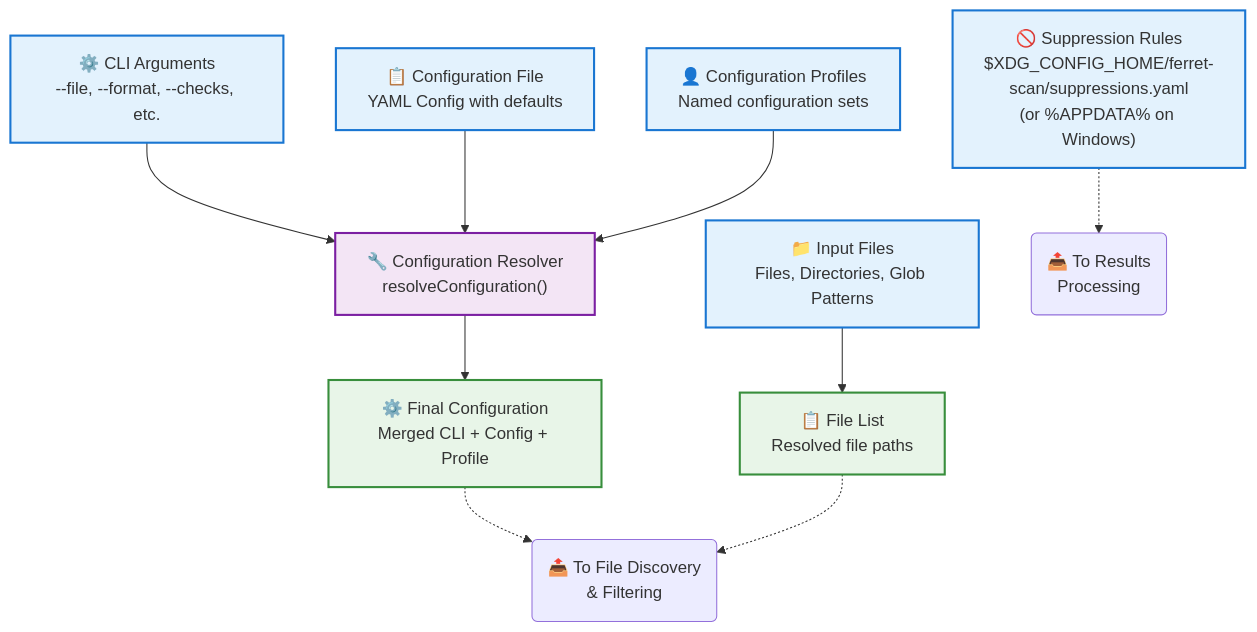
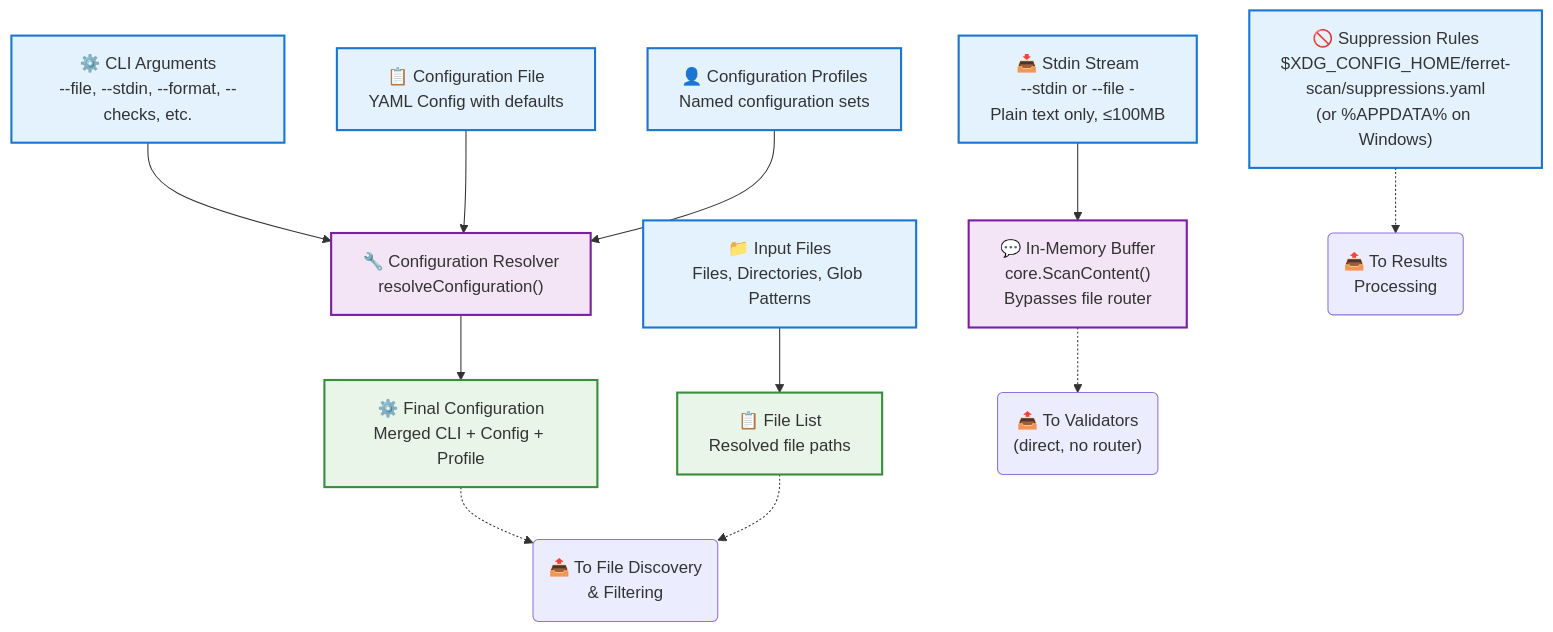
Before and after one commit to awslabs/ferret-scan: the first of 8 diagrams in docs/architecture-diagram.md, drawn with Mermaid. The commit also changed other lines of this file and 36 other files, not shown here.

````diff
--- a/docs/architecture-diagram.md
+++ b/docs/architecture-diagram.md
@@ -27,38 +33,41 @@
 ```mermaid
 flowchart TD
     %% Inputs
     InputFiles["📁 Input Files<br/>Files, Directories, Glob Patterns"]
-    CLIArgs["⚙️ CLI Arguments<br/>--file, --format, --checks, etc."]
+    StdinStream["📥 Stdin Stream<br/>--stdin or --file -<br/>Plain text only, ≤100MB"]
+    CLIArgs["⚙️ CLI Arguments<br/>--file, --stdin, --format, --checks, etc."]
     ConfigFile["📋 Configuration File<br/>YAML Config with defaults"]
     Profiles["👤 Configuration Profiles<br/>Named configuration sets"]
     SuppressionRules["🚫 Suppression Rules<br/>$XDG_CONFIG_HOME/ferret-scan/suppressions.yaml<br/>(or %APPDATA% on Windows)"]
 
     %% Processing
     ConfigResolver["🔧 Configuration Resolver<br/>resolveConfiguration()"]
 
     %% Outputs
     FinalConfig["⚙️ Final Configuration<br/>Merged CLI + Config + Profile"]
     FileList["📋 File List<br/>Resolved file paths"]
 
     %% Flow
     CLIArgs --> ConfigResolver
     ConfigFile --> ConfigResolver
     Profiles --> ConfigResolver
 
     ConfigResolver --> FinalConfig
     InputFiles --> FileList
+    StdinStream --> ContentBuffer["💬 In-Memory Buffer<br/>core.ScanContent()<br/>Bypasses file router"]
 
     %% Outputs to next stage
     FinalConfig -.-> FileDiscovery("📤 To File Discovery<br/>& Filtering")
     FileList -.-> FileDiscovery
+    ContentBuffer -.-> ParallelProcessing("📤 To Validators<br/>(direct, no router)")
     SuppressionRules -.-> ResultsProcessing("📤 To Results<br/>Processing")
 
     %% Styling
     classDef input fill:#e3f2fd,stroke:#1976d2,stroke-width:2px
     classDef processing fill:#f3e5f5,stroke:#7b1fa2,stroke-width:2px
     classDef output fill:#e8f5e8,stroke:#388e3c,stroke-width:2px
 
-    class InputFiles,CLIArgs,ConfigFile,Profiles,SuppressionRules input
-    class ConfigResolver processing
+    class InputFiles,StdinStream,CLIArgs,ConfigFile,Profiles,SuppressionRules input
+    class ConfigResolver,ContentBuffer processing
     class FinalConfig,FileList output
 ```
````
